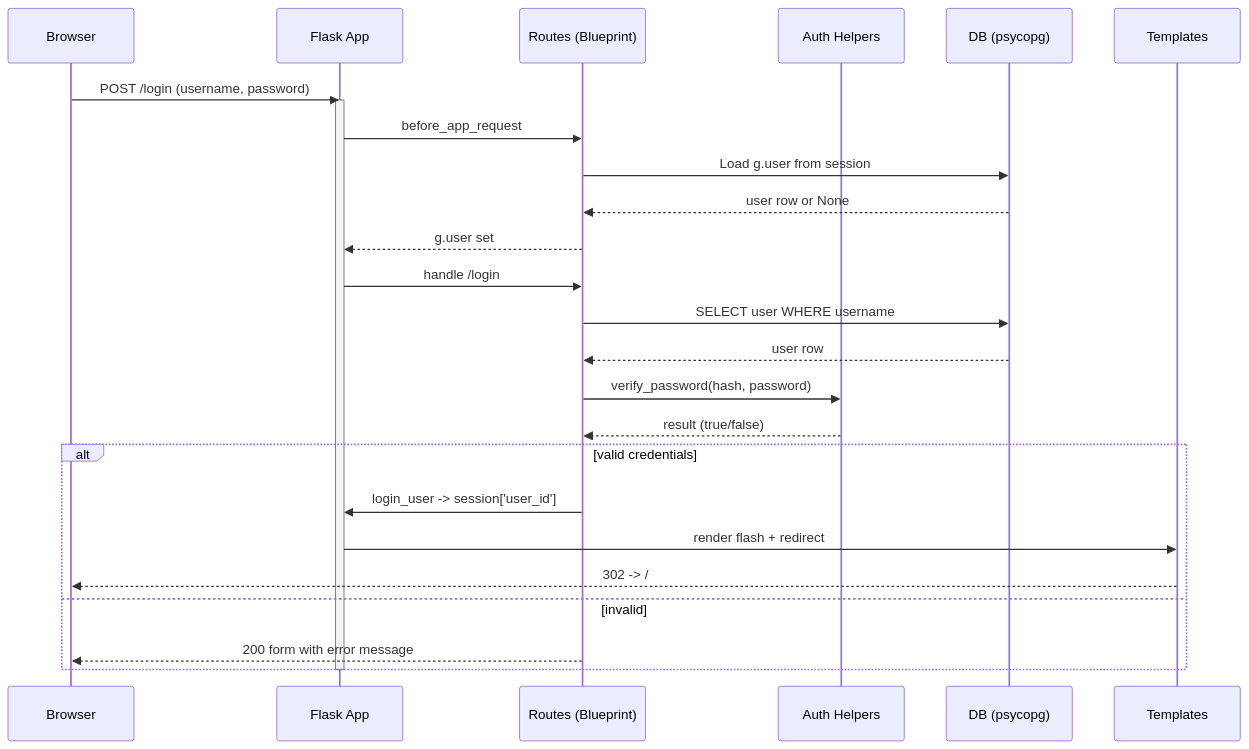
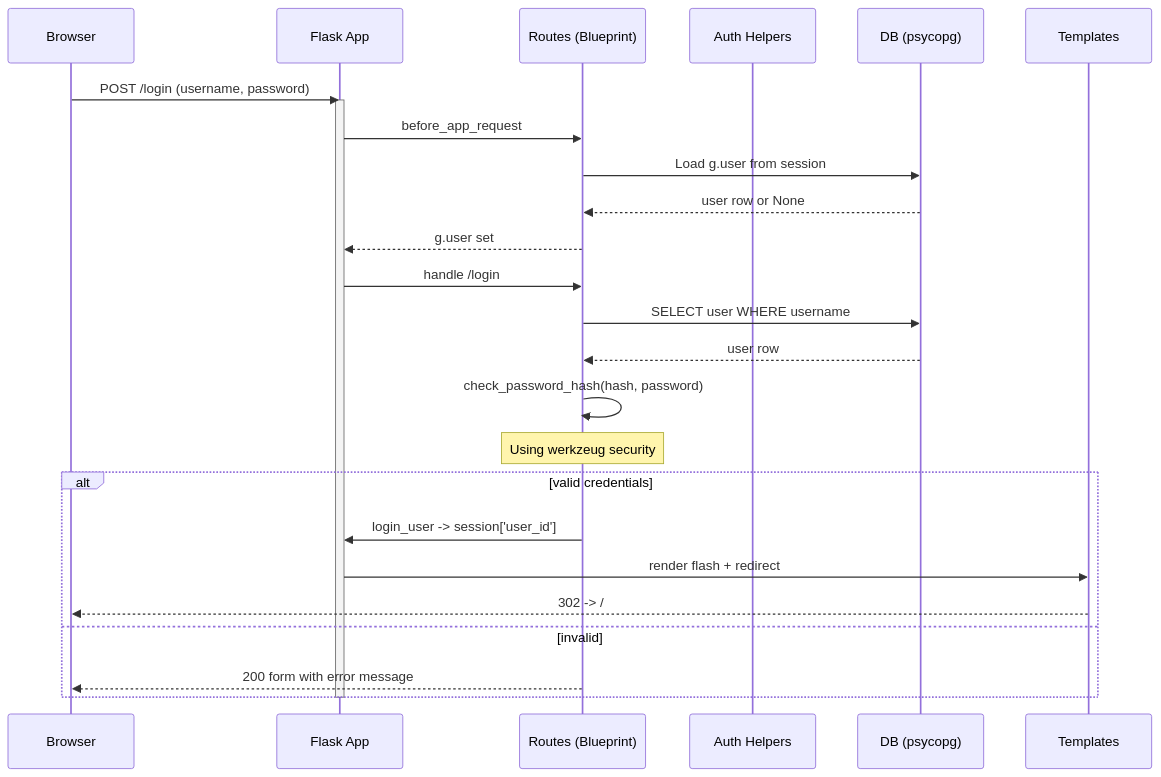
Before and after one commit to overthetop/flask_demo: the second of 3 diagrams in README.md, drawn with Mermaid. The commit also changed other lines of this file and 4 other files, not shown here.

````diff
--- a/README.md
+++ b/README.md
@@ -297,30 +297,30 @@
 ```mermaid
 sequenceDiagram
   participant B as Browser
   participant F as Flask App
   participant R as Routes (Blueprint)
   participant A as Auth Helpers
   participant D as DB (psycopg)
   participant T as Templates
 
   B->>F: POST /login (username, password)
   activate F
   F->>R: before_app_request
   R->>D: Load g.user from session
   D-->>R: user row or None
   R-->>F: g.user set
 
   F->>R: handle /login
   R->>D: SELECT user WHERE username
   D-->>R: user row
-  R->>A: verify_password(hash, password)
-  A-->>R: result (true/false)
+  R->>R: check_password_hash(hash, password)
+  Note over R: Using werkzeug security
   alt valid credentials
     R->>F: login_user -> session['user_id']
     F->>T: render flash + redirect
     T-->>B: 302 -> /
   else invalid
     R-->>B: 200 form with error message
   end
   deactivate F
 ```
````
